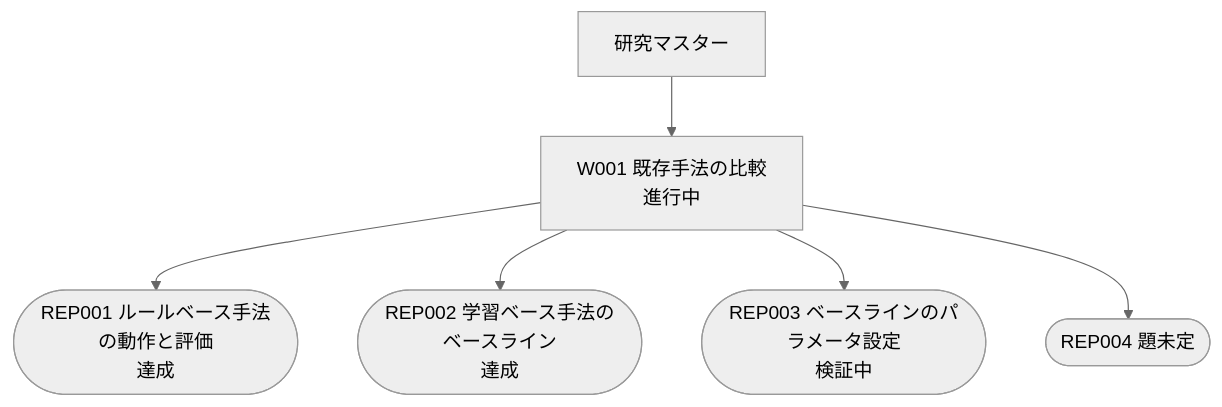
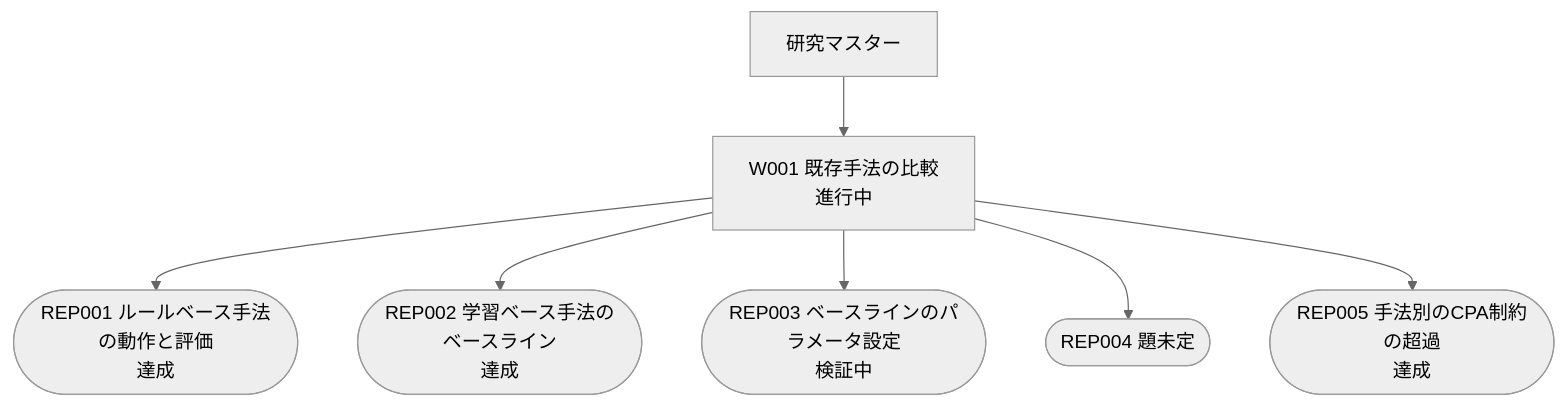
The diagram in research/flow.md (yayoten/AuctionNet), drawn with Mermaid (neutral theme) before and after one commit. The commit also changed other lines of this file and 13 other files, not shown here.

First line of the commit message:
add : W001/REP005 の結果（手法別の CPA 制約の超過）、集計・図・報告PDF、MASTER.md・flow.md の更新

````diff
--- a/research/flow.md
+++ b/research/flow.md
@@ -20,14 +22,16 @@
 ```mermaid
 graph TD
   ROOT[研究マスター]
   W001["W001 既存手法の比較<br/>進行中"]
   ROOT --> W001
   REP001(["REP001 ルールベース手法の動作と評価<br/>達成"])
   W001 --> REP001
   REP002(["REP002 学習ベース手法のベースライン<br/>達成"])
   W001 --> REP002
   REP003(["REP003 ベースラインのパラメータ設定<br/>検証中"])
   W001 --> REP003
   REP004(["REP004 題未定"])
   W001 --> REP004
+  REP005(["REP005 手法別のCPA制約の超過<br/>達成"])
+  W001 --> REP005
 ```
````
